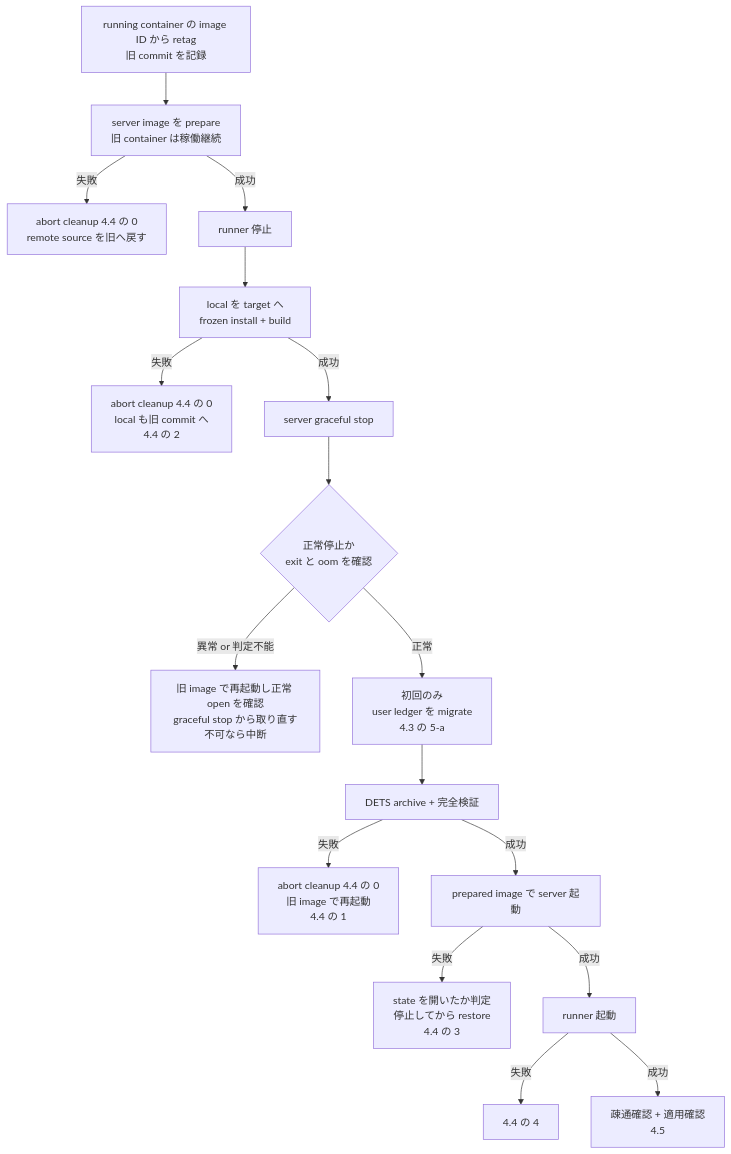
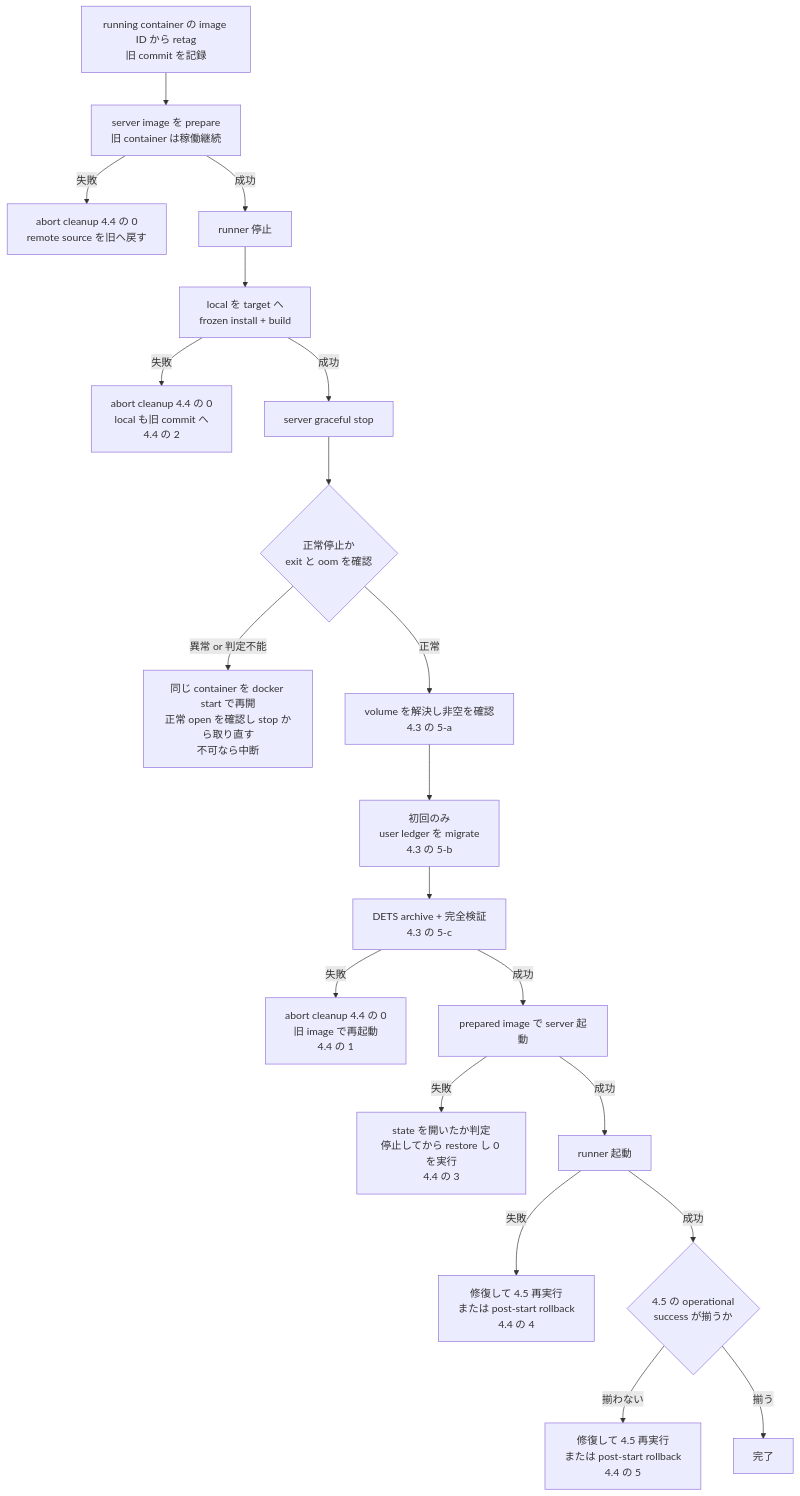
One commit to sakuraiyuta/kaoiro changed the second of 2 diagrams in docs/specs/deployment.md. Above: the diagram before and after it, drawn with Mermaid. The commit also changed other lines of this file, not shown here.

````diff
--- a/docs/specs/deployment.md
+++ b/docs/specs/deployment.md
@@ -378,19 +387,22 @@
 ```mermaid
 flowchart TD
   A[running container の image ID から retag<br/>旧 commit を記録] --> B[server image を prepare<br/>旧 container は稼働継続]
   B -->|失敗| R0[abort cleanup 4.4 の 0<br/>remote source を旧へ戻す]
   B -->|成功| C[runner 停止]
   C --> D[local を target へ<br/>frozen install + build]
   D -->|失敗| R1[abort cleanup 4.4 の 0<br/>local も旧 commit へ<br/>4.4 の 2]
   D -->|成功| E[server graceful stop]
   E --> S{正常停止か<br/>exit と oom を確認}
-  S -->|異常 or 判定不能| R5[旧 image で再起動し正常 open を確認<br/>graceful stop から取り直す<br/>不可なら中断]
-  S -->|正常| M[初回のみ<br/>user ledger を migrate<br/>4.3 の 5-a]
-  M --> F[DETS archive + 完全検証]
+  S -->|異常 or 判定不能| R5[同じ container を docker start で再開<br/>正常 open を確認し stop から取り直す<br/>不可なら中断]
+  S -->|正常| V[volume を解決し非空を確認<br/>4.3 の 5-a]
+  V --> M[初回のみ<br/>user ledger を migrate<br/>4.3 の 5-b]
+  M --> F[DETS archive + 完全検証<br/>4.3 の 5-c]
   F -->|失敗| R2[abort cleanup 4.4 の 0<br/>旧 image で再起動<br/>4.4 の 1]
   F -->|成功| G[prepared image で server 起動]
-  G -->|失敗| R3[state を開いたか判定<br/>停止してから restore<br/>4.4 の 3]
+  G -->|失敗| R3[state を開いたか判定<br/>停止してから restore し 0 を実行<br/>4.4 の 3]
   G -->|成功| H[runner 起動]
-  H -->|失敗| R4[4.4 の 4]
-  H -->|成功| I[疎通確認 + 適用確認<br/>4.5]
+  H -->|失敗| R4[修復して 4.5 再実行<br/>または post-start rollback<br/>4.4 の 4]
+  H -->|成功| I{4.5 の operational<br/>success が揃うか}
+  I -->|揃わない| R6[修復して 4.5 再実行<br/>または post-start rollback<br/>4.4 の 5]
+  I -->|揃う| Z[完了]
 ```
````
